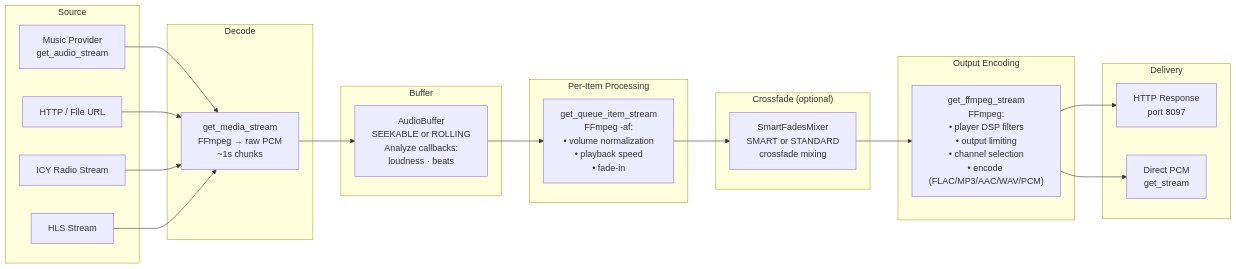
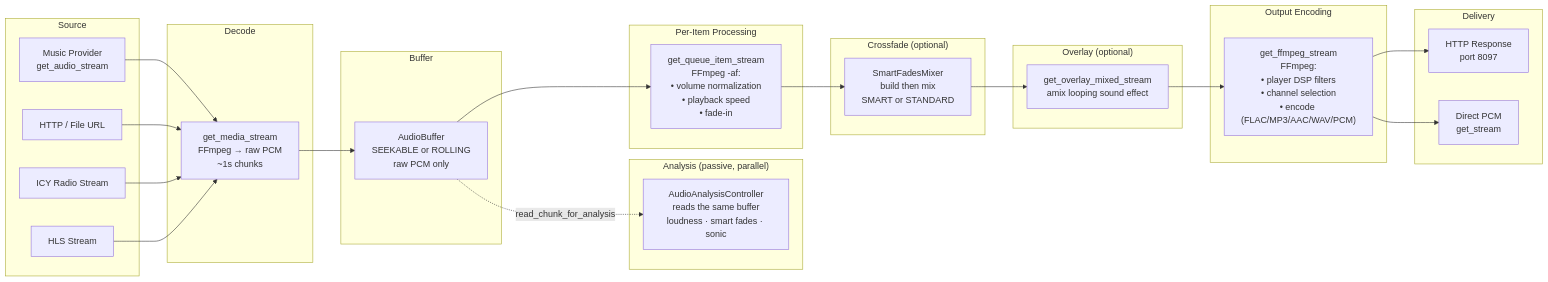
One commit to theturtle32/music-assistant-server changed the diagram in docs/architecture/10-streaming-pipeline.md. Above: the diagram before and after it, drawn with Mermaid. The commit also changed other lines of this file and 2 other files, not shown here.

First line of the commit message:
docs(architecture): streaming pipeline refresh for audio processing, overlay and DSP

````diff
--- a/docs/architecture/10-streaming-pipeline.md
+++ b/docs/architecture/10-streaming-pipeline.md
@@ -7,36 +18,45 @@
 ```mermaid
 graph LR
     subgraph "Source"
         MP[Music Provider<br/>get_audio_stream]
         HTTP[HTTP / File URL]
         ICY[ICY Radio Stream]
         HLS[HLS Stream]
     end
 
     subgraph "Decode"
         GMS[get_media_stream<br/>FFmpeg → raw PCM<br/>~1s chunks]
     end
 
     subgraph "Buffer"
-        AB[AudioBuffer<br/>SEEKABLE or ROLLING<br/>Analyze callbacks:<br/>loudness · beats]
+        AB[AudioBuffer<br/>SEEKABLE or ROLLING<br/>raw PCM only]
+    end
+
+    subgraph "Analysis (passive, parallel)"
+        AA["AudioAnalysisController<br/>reads the same buffer<br/>loudness · smart fades · sonic"]
     end
 
     subgraph "Per-Item Processing"
         GQS["get_queue_item_stream<br/>FFmpeg -af:<br/>• volume normalization<br/>• playback speed<br/>• fade-in"]
     end
 
     subgraph "Crossfade (optional)"
-        SF[SmartFadesMixer<br/>SMART or STANDARD<br/>crossfade mixing]
+        SF[SmartFadesMixer<br/>build then mix<br/>SMART or STANDARD]
+    end
+
+    subgraph "Overlay (optional)"
+        OV["get_overlay_mixed_stream<br/>amix looping sound effect"]
     end
 
     subgraph "Output Encoding"
-        FFO["get_ffmpeg_stream<br/>FFmpeg:<br/>• player DSP filters<br/>• output limiting<br/>• channel selection<br/>• encode (FLAC/MP3/AAC/WAV/PCM)"]
+        FFO["get_ffmpeg_stream<br/>FFmpeg:<br/>• player DSP filters<br/>• channel selection<br/>• encode (FLAC/MP3/AAC/WAV/PCM)"]
     end
 
     subgraph "Delivery"
         HTTPOUT[HTTP Response<br/>port 8097]
         DPCM[Direct PCM<br/>get_stream]
     end
 
-    MP & HTTP & ICY & HLS --> GMS --> AB --> GQS --> SF --> FFO --> HTTPOUT & DPCM
+    MP & HTTP & ICY & HLS --> GMS --> AB --> GQS --> SF --> OV --> FFO --> HTTPOUT & DPCM
+    AB -.->|read_chunk_for_analysis| AA
 ```
````
